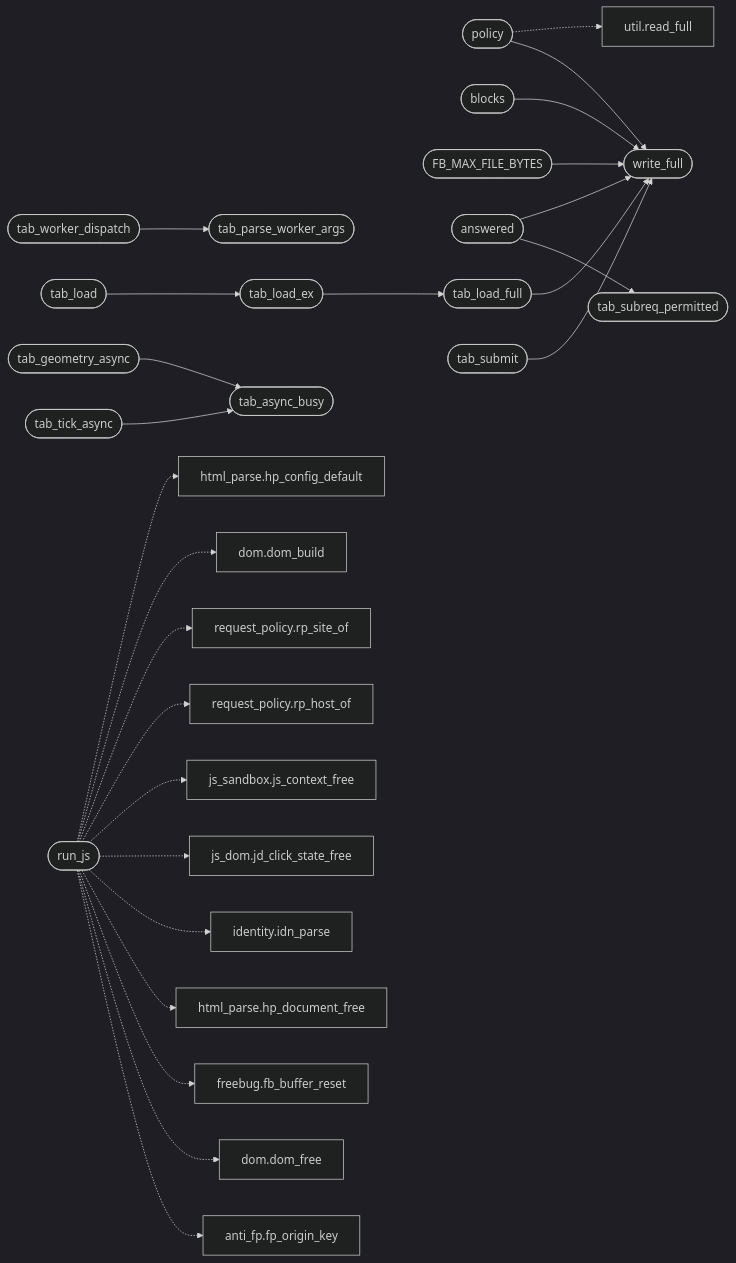
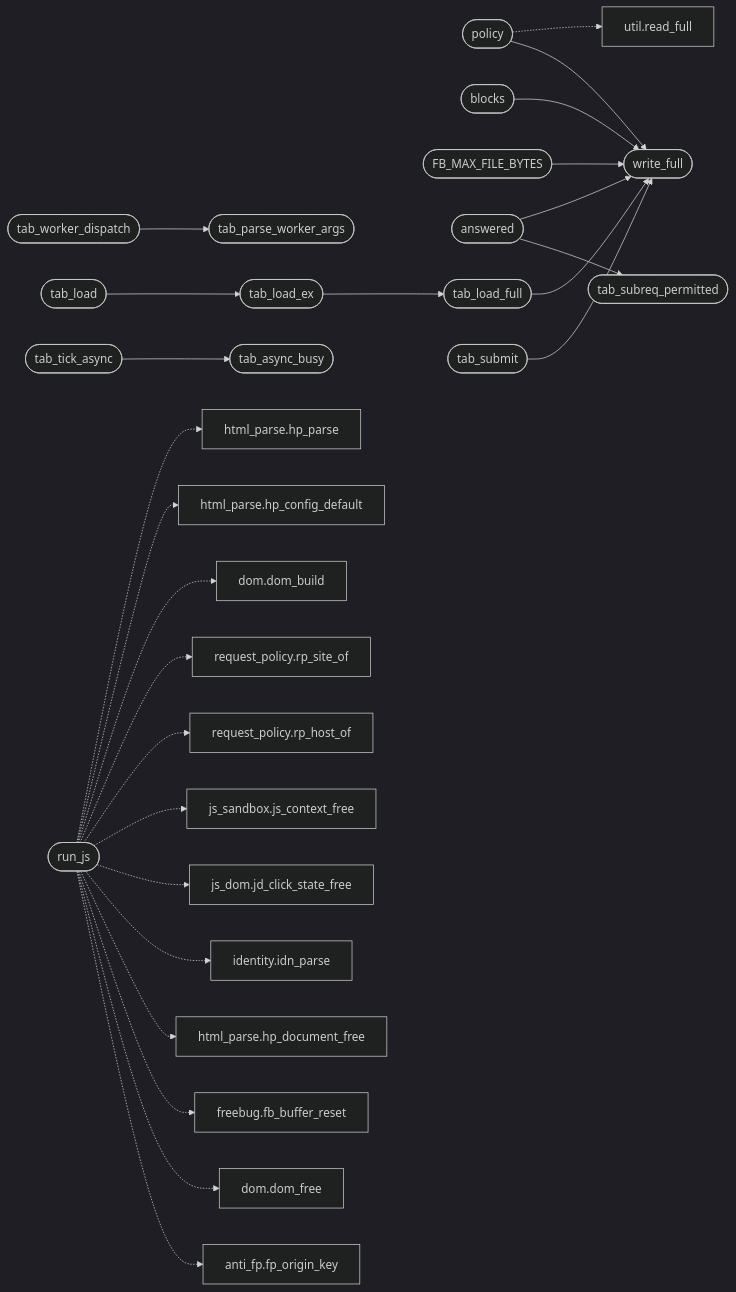
Before and after one commit to grisuno/FreeDom: the second of 2 diagrams in readmenator-apidocs/modules/src.tab.c.md, drawn with Mermaid (dark theme). The commit also changed other lines of this file and 102 other files, not shown here.

````diff
--- a/readmenator-apidocs/modules/src.tab.c.md
+++ b/readmenator-apidocs/modules/src.tab.c.md
@@ -27,55 +27,55 @@
 ```mermaid
 flowchart LR
     n_src_tab_c__policy(["policy"])
     n_src_tab_c__write_full(["write_full"])
     n_src_tab_c__blocks(["blocks"])
     n_src_tab_c__FB_MAX_FILE_BYTES(["FB_MAX_FILE_BYTES"])
     n_src_tab_c__tab_worker_dispatch(["tab_worker_dispatch"])
     n_src_tab_c__tab_parse_worker_args(["tab_parse_worker_args"])
     n_src_tab_c__answered(["answered"])
     n_src_tab_c__tab_subreq_permitted(["tab_subreq_permitted"])
     n_src_tab_c__tab_load(["tab_load"])
     n_src_tab_c__tab_load_ex(["tab_load_ex"])
     n_src_tab_c__tab_load_full(["tab_load_full"])
     n_src_tab_c__tab_submit(["tab_submit"])
     n_src_tab_c__tab_tick_async(["tab_tick_async"])
     n_src_tab_c__tab_async_busy(["tab_async_busy"])
-    n_src_tab_c__tab_geometry_async(["tab_geometry_async"])
     n_include_util_h__read_full["util.read_full"]
     n_src_tab_c__run_js(["run_js"])
     n_include_anti_fp_h__fp_origin_key["anti_fp.fp_origin_key"]
     n_include_dom_h__dom_free["dom.dom_free"]
     n_include_freebug_h__fb_buffer_reset["freebug.fb_buffer_reset"]
     n_include_html_parse_h__hp_document_free["html_parse.hp_document_free"]
     n_include_identity_h__idn_parse["identity.idn_parse"]
     n_include_js_dom_h__jd_click_state_free["js_dom.jd_click_state_free"]
     n_include_js_sandbox_h__js_context_free["js_sandbox.js_context_free"]
     n_include_request_policy_h__rp_host_of["request_policy.rp_host_of"]
     n_include_request_policy_h__rp_site_of["request_policy.rp_site_of"]
     n_src_dom_c__dom_build["dom.dom_build"]
     n_src_html_parse_c__hp_config_default["html_parse.hp_config_default"]
+    n_src_html_parse_c__hp_parse["html_parse.hp_parse"]
     n_src_tab_c__policy --> n_src_tab_c__write_full
     n_src_tab_c__blocks --> n_src_tab_c__write_full
     n_src_tab_c__FB_MAX_FILE_BYTES --> n_src_tab_c__write_full
     n_src_tab_c__tab_worker_dispatch --> n_src_tab_c__tab_parse_worker_args
     n_src_tab_c__answered --> n_src_tab_c__tab_subreq_permitted
     n_src_tab_c__answered --> n_src_tab_c__write_full
     n_src_tab_c__tab_load --> n_src_tab_c__tab_load_ex
     n_src_tab_c__tab_load_ex --> n_src_tab_c__tab_load_full
     n_src_tab_c__tab_load_full --> n_src_tab_c__write_full
     n_src_tab_c__tab_submit --> n_src_tab_c__write_full
     n_src_tab_c__tab_tick_async --> n_src_tab_c__tab_async_busy
-    n_src_tab_c__tab_geometry_async --> n_src_tab_c__tab_async_busy
     n_src_tab_c__policy -.-> n_include_util_h__read_full
     n_src_tab_c__run_js -.-> n_include_anti_fp_h__fp_origin_key
     n_src_tab_c__run_js -.-> n_include_dom_h__dom_free
     n_src_tab_c__run_js -.-> n_include_freebug_h__fb_buffer_reset
     n_src_tab_c__run_js -.-> n_include_html_parse_h__hp_document_free
     n_src_tab_c__run_js -.-> n_include_identity_h__idn_parse
     n_src_tab_c__run_js -.-> n_include_js_dom_h__jd_click_state_free
     n_src_tab_c__run_js -.-> n_include_js_sandbox_h__js_context_free
     n_src_tab_c__run_js -.-> n_include_request_policy_h__rp_host_of
     n_src_tab_c__run_js -.-> n_include_request_policy_h__rp_site_of
     n_src_tab_c__run_js -.-> n_src_dom_c__dom_build
     n_src_tab_c__run_js -.-> n_src_html_parse_c__hp_config_default
+    n_src_tab_c__run_js -.-> n_src_html_parse_c__hp_parse
 ```
````
